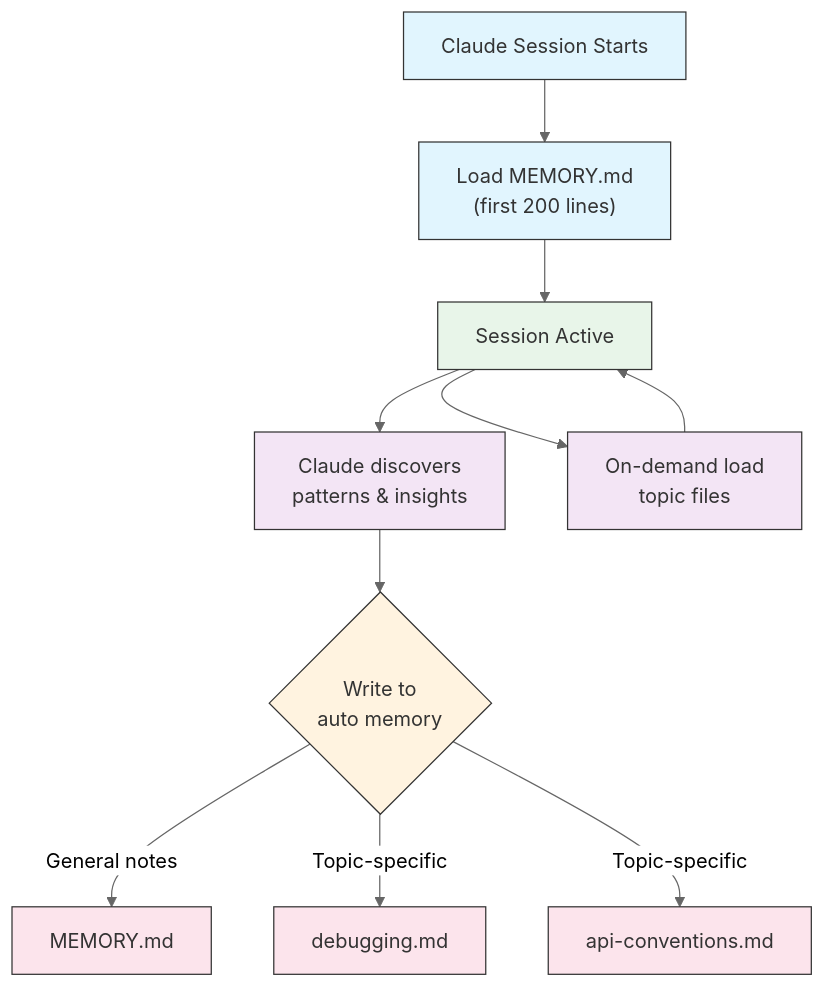
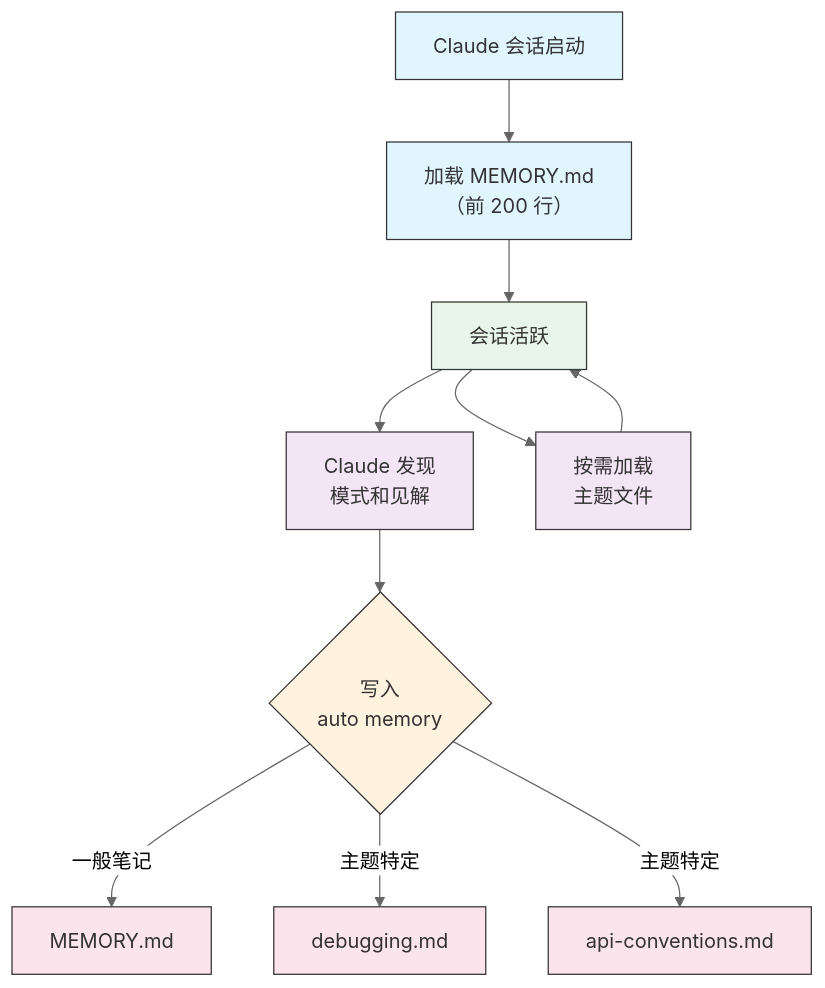
One commit to hellojoju/claude-code-lesson changed the fourth of 5 diagrams in 02-memory/README.md. Above: the diagram before and after it, drawn with Mermaid (neutral theme). The commit also changed other lines of this file and 9 other files, not shown here.

````diff
--- a/02-memory/README.md
+++ b/02-memory/README.md
@@ -441,22 +441,22 @@
 ```mermaid
 graph TD
-    A["Claude Session Starts"] --> B["Load MEMORY.md<br/>(first 200 lines)"]
-    B --> C["Session Active"]
-    C --> D["Claude discovers<br/>patterns & insights"]
-    D --> E{"Write to<br/>auto memory"}
-    E -->|General notes| F["MEMORY.md"]
-    E -->|Topic-specific| G["debugging.md"]
-    E -->|Topic-specific| H["api-conventions.md"]
-    C --> I["On-demand load<br/>topic files"]
+    A["Claude 会话启动"] --> B["加载 MEMORY.md<br/>（前 200 行）"]
+    B --> C["会话活跃"]
+    C --> D["Claude 发现<br/>模式和见解"]
+    D --> E{"写入<br/>auto memory"}
+    E -->|一般笔记| F["MEMORY.md"]
+    E -->|主题特定| G["debugging.md"]
+    E -->|主题特定| H["api-conventions.md"]
+    C --> I["按需加载<br/>主题文件"]
     I --> C
 
     style A fill:#e1f5fe,stroke:#333,color:#333
     style B fill:#e1f5fe,stroke:#333,color:#333
     style C fill:#e8f5e9,stroke:#333,color:#333
     style D fill:#f3e5f5,stroke:#333,color:#333
     style E fill:#fff3e0,stroke:#333,color:#333
     style F fill:#fce4ec,stroke:#333,color:#333
     style G fill:#fce4ec,stroke:#333,color:#333
     style H fill:#fce4ec,stroke:#333,color:#333
     style I fill:#f3e5f5,stroke:#333,color:#333
 ```
````
